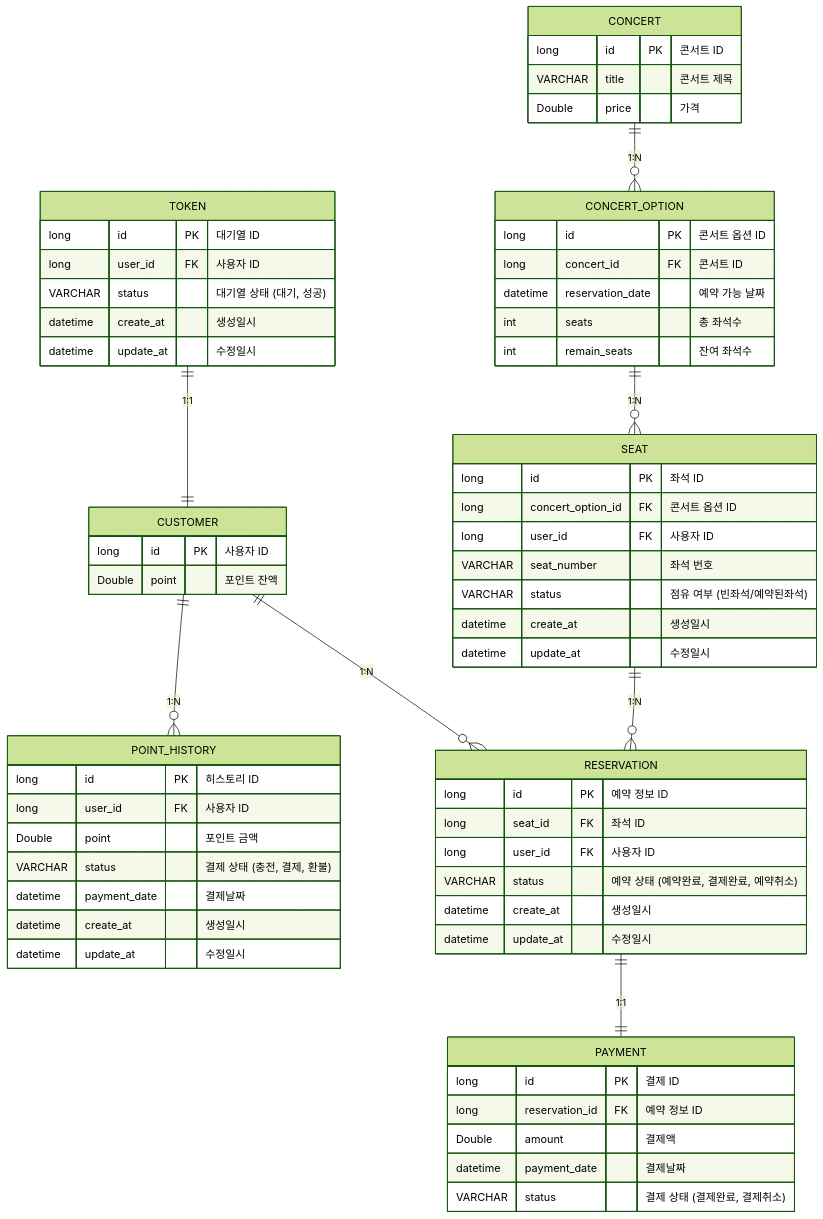
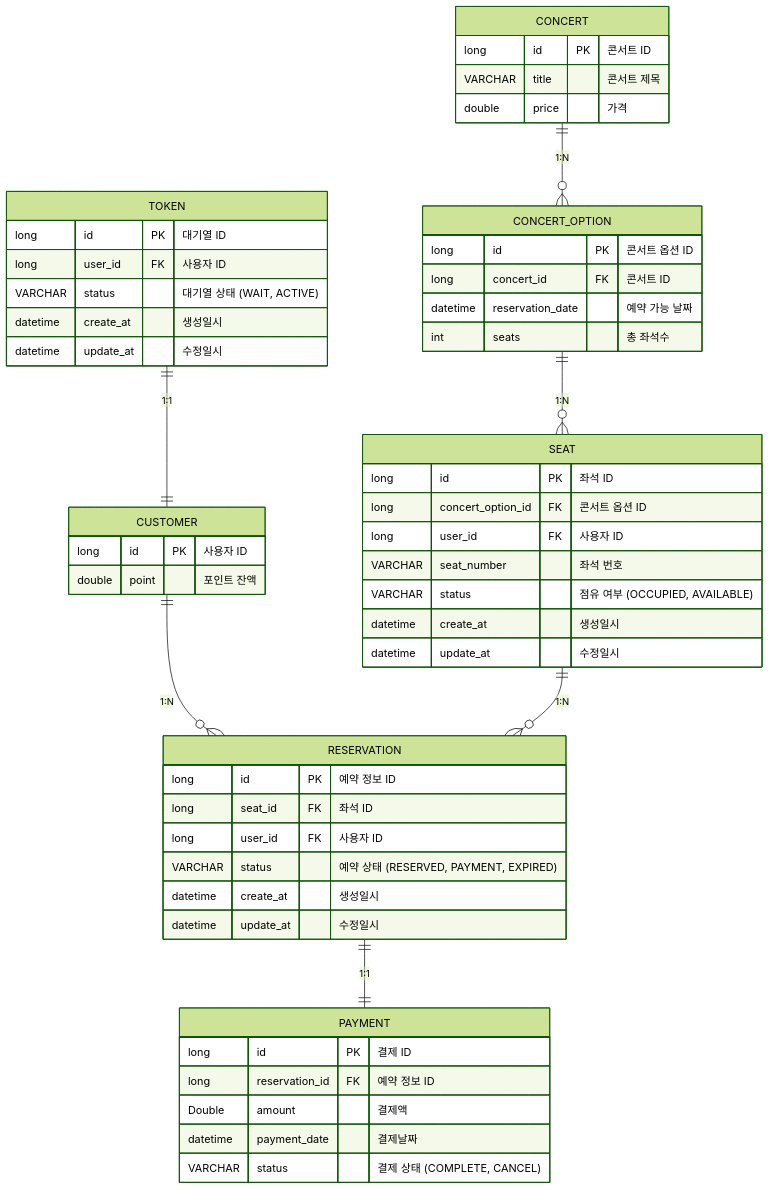
The sixth of 6 diagrams in README.md (kimm776/study_concert), drawn with Mermaid (forest theme) before and after one commit. The commit also changed other lines of this file, not shown here.

````diff
--- a/README.md
+++ b/README.md
@@ -214,74 +214,62 @@
 ```mermaid
 erDiagram
     TOKEN {
         long id PK "대기열 ID"
         long user_id FK "사용자 ID"
-        VARCHAR status "대기열 상태 (대기, 성공)"
+        VARCHAR status "대기열 상태 (WAIT, ACTIVE)"
         datetime create_at "생성일시"
         datetime update_at "수정일시"
     }
 
     CUSTOMER {
         long id PK "사용자 ID"
-        Double point "포인트 잔액"
-    }
-
-    POINT_HISTORY {
-        long id PK "히스토리 ID"
-        long user_id FK "사용자 ID"
-        Double point "포인트 금액"
-        VARCHAR status "결제 상태 (충전, 결제, 환불)"
-        datetime payment_date "결제날짜"
-        datetime create_at "생성일시"
-        datetime update_at "수정일시"
+        double point "포인트 잔액"
     }
 
     CONCERT {
         long id PK "콘서트 ID"
         VARCHAR title "콘서트 제목"
-        Double price "가격"
+        double price "가격"
     }
 
     CONCERT_OPTION {
         long id PK "콘서트 옵션 ID"
         long concert_id FK "콘서트 ID"
         datetime reservation_date "예약 가능 날짜"
         int seats "총 좌석수"
-        int remain_seats "잔여 좌석수"
     }
 
     SEAT {
         long id PK "좌석 ID"
         long concert_option_id FK "콘서트 옵션 ID"
         long user_id FK "사용자 ID"
         VARCHAR seat_number "좌석 번호"
-        VARCHAR status "점유 여부 (빈좌석/예약된좌석)"
+        VARCHAR status "점유 여부 (OCCUPIED, AVAILABLE)"
         datetime create_at "생성일시"
         datetime update_at "수정일시"
     }
 
     RESERVATION {
         long id PK "예약 정보 ID"
         long seat_id FK "좌석 ID"
         long user_id FK "사용자 ID"
-        VARCHAR status "예약 상태 (예약완료, 결제완료, 예약취소)"
+        VARCHAR status "예약 상태 (RESERVED, PAYMENT, EXPIRED)"
         datetime create_at "생성일시"
         datetime update_at "수정일시"
     }
 
     PAYMENT {
         long id PK "결제 ID"
         long reservation_id FK "예약 정보 ID"
         Double amount "결제액"
         datetime payment_date "결제날짜"
-        VARCHAR status "결제 상태 (결제완료, 결제취소)"
+        VARCHAR status "결제 상태 (COMPLETE, CANCEL)"
     }
 
     TOKEN ||--|| CUSTOMER : "1:1"
-    CUSTOMER ||--o{ POINT_HISTORY : "1:N"
     CUSTOMER ||--o{ RESERVATION : "1:N"
     RESERVATION ||--|| PAYMENT : "1:1"
     CONCERT ||--o{ CONCERT_OPTION : "1:N"
     CONCERT_OPTION ||--o{ SEAT : "1:N"
     SEAT ||--o{ RESERVATION : "1:N"
 ```
````
